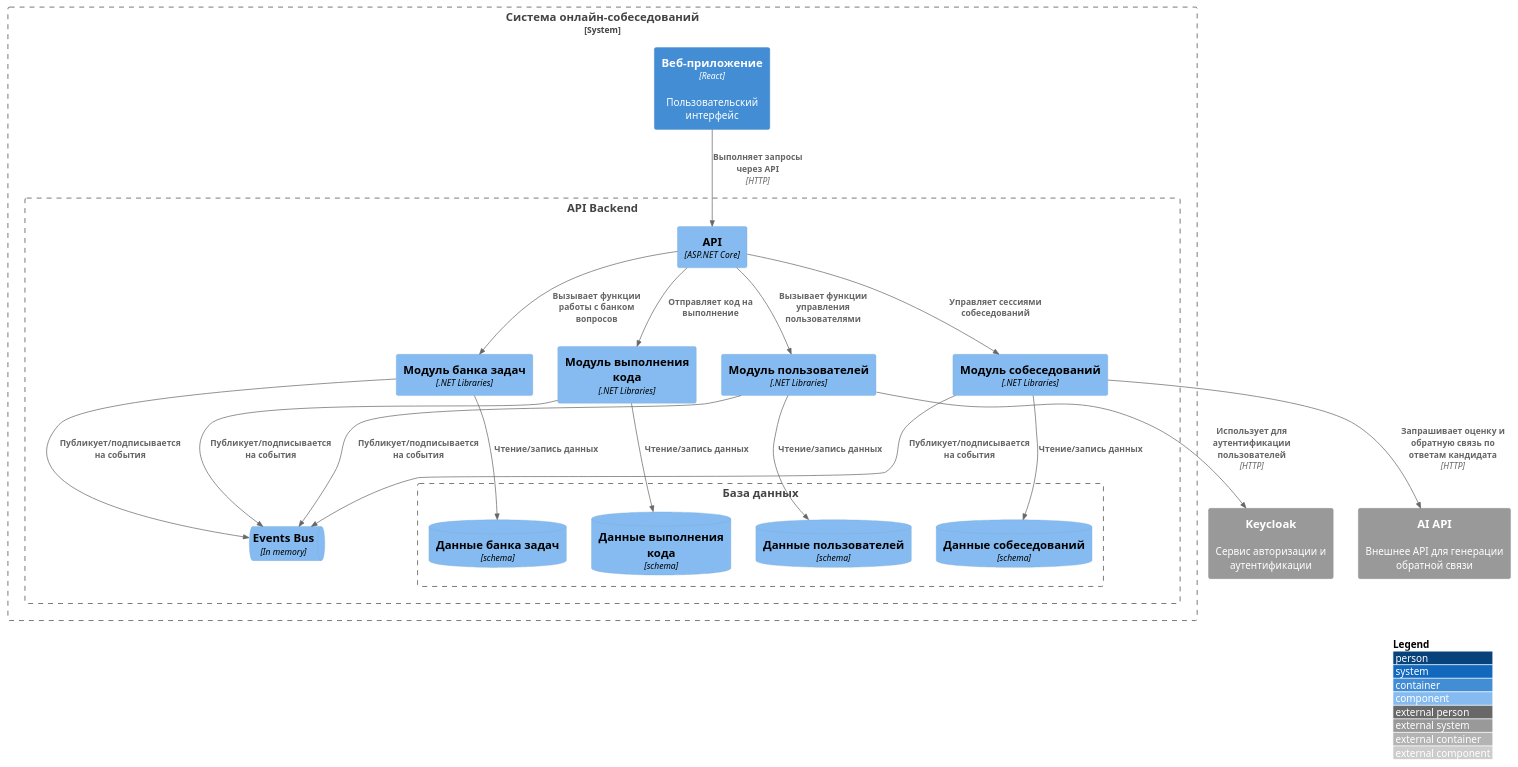
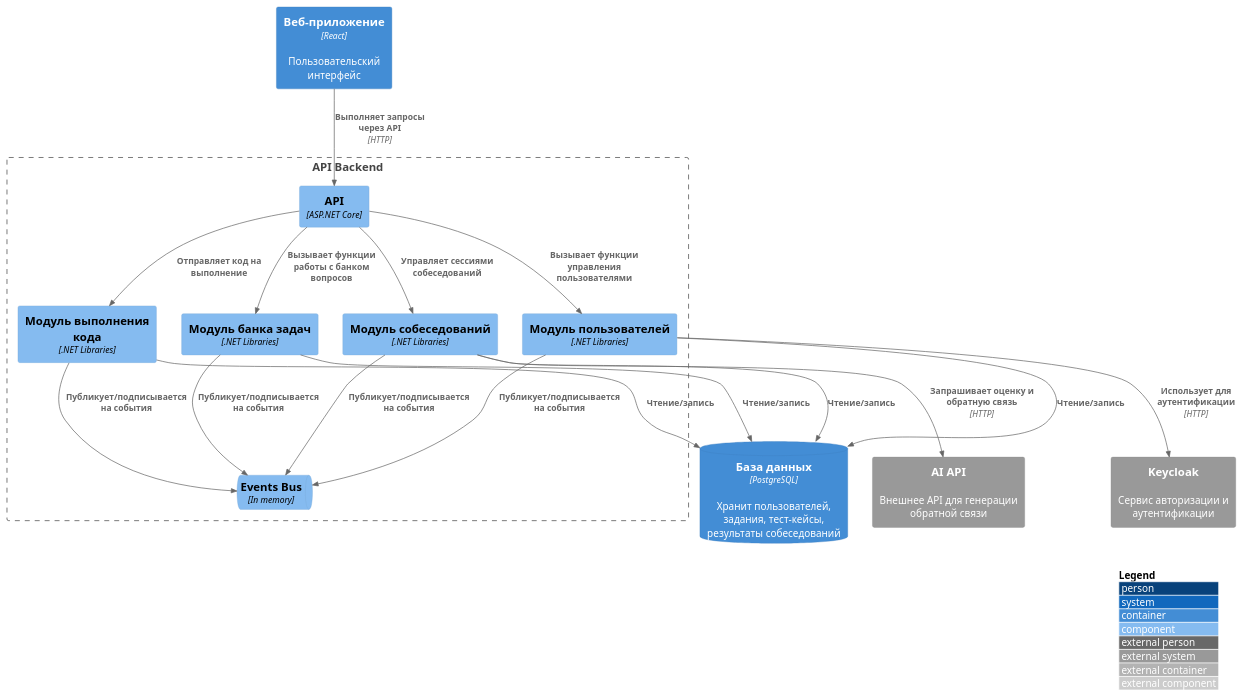
The diagram in Lab Work №2/Docs/C4/Components/High-level/component.puml (MLeontev/HSE_Architecture), drawn with PlantUML before and after one commit. The commit also changed 6 other files, not shown here.

Commit message:
Исправил диаграммы компонентов, добавил диаграмму компонентов для фронтенда

```diff
--- a/Lab Work №2/Docs/C4/Components/High-level/component.puml
+++ b/Lab Work №2/Docs/C4/Components/High-level/component.puml
@@ -1,50 +1,43 @@
 @startuml Components
 !include https://raw.githubusercontent.com/plantuml-stdlib/C4-PlantUML/master/C4_Component.puml
 
-System_Boundary(interviewSystem, "Система онлайн-собеседований") {
+Container(spa, "Веб-приложение", "React", "Пользовательский интерфейс")
 
-    Container(spa, "Веб-приложение", "React", "Пользовательский интерфейс")
+Boundary(interviewTrainerApi, "API Backend") {
     
-    Boundary(interviewTrainerApi, "API Backend") {
+    Component(api, "API", "ASP.NET Core")
     
-        Component(api, "API", "ASP.NET Core")
-        
-        Component(usersModule, "Модуль пользователей", ".NET Libraries")
-        Component(questionBankModule, "Модуль банка задач", ".NET Libraries")
-        Component(interviewModule, "Модуль собеседований", ".NET Libraries")
-        Component(codeRunnerModule, "Модуль выполнения кода", ".NET Libraries")
-        
-        ComponentQueue(eventsBus, "Events Bus", "In memory")
-        
-        Boundary(database, "База данных") {
-            ComponentDb(usersModuleData, "Данные пользователей", "schema")
-            ComponentDb(questionBankModuleData, "Данные банка задач", "schema")
-            ComponentDb(interviewModuleData, "Данные собеседований", "schema")
-            ComponentDb(codeRunnerModuleData, "Данные выполнения кода", "schema")
-        }
-    }
+    Component(usersModule, "Модуль пользователей", ".NET Libraries")
+    Component(questionBankModule, "Модуль банка задач", ".NET Libraries")
+    Component(interviewModule, "Модуль собеседований", ".NET Libraries")
+    Component(codeRunnerModule, "Модуль выполнения кода", ".NET Libraries")
+    
+    ComponentQueue(eventsBus, "Events Bus", "In memory")
 }
+
+ContainerDb(database, "База данных", "PostgreSQL", "Хранит пользователей, задания, тест-кейсы, результаты собеседований")
 
 System_Ext(keycloak, "Keycloak", "Сервис авторизации и аутентификации")
 System_Ext(aiAPI, "AI API", "Внешнее API для генерации обратной связи")
 
 Rel(spa, api, "Выполняет запросы через API", "HTTP")
 Rel(api, usersModule, "Вызывает функции управления пользователями")
 Rel(api, questionBankModule, "Вызывает функции работы с банком вопросов")
 Rel(api, interviewModule, "Управляет сессиями собеседований")
 Rel(api, codeRunnerModule, "Отправляет код на выполнение")
-Rel(usersModule, usersModuleData, "Чтение/запись данных")
-Rel(questionBankModule, questionBankModuleData, "Чтение/запись данных")
-Rel(interviewModule, interviewModuleData, "Чтение/запись данных")
-Rel(codeRunnerModule, codeRunnerModuleData, "Чтение/запись данных")
+
+Rel(usersModule, database, "Чтение/запись")
+Rel(questionBankModule, database, "Чтение/запись")
+Rel(interviewModule, database, "Чтение/запись")
+Rel(codeRunnerModule, database, "Чтение/запись")
 
 Rel(usersModule, eventsBus, "Публикует/подписывается на события")
 Rel(questionBankModule, eventsBus, "Публикует/подписывается на события")
 Rel(interviewModule, eventsBus, "Публикует/подписывается на события")
 Rel(codeRunnerModule, eventsBus, "Публикует/подписывается на события")
 
-Rel(usersModule, keycloak, "Использует для аутентификации пользователей", "HTTP")
-Rel(interviewModule, aiAPI, "Запрашивает оценку и обратную связь по ответам кандидата", "HTTP")
+Rel(usersModule, keycloak, "Использует для аутентификации", "HTTP")
+Rel(interviewModule, aiAPI, "Запрашивает оценку и обратную связь", "HTTP")
 
 LAYOUT_WITH_LEGEND()
 @enduml
```
